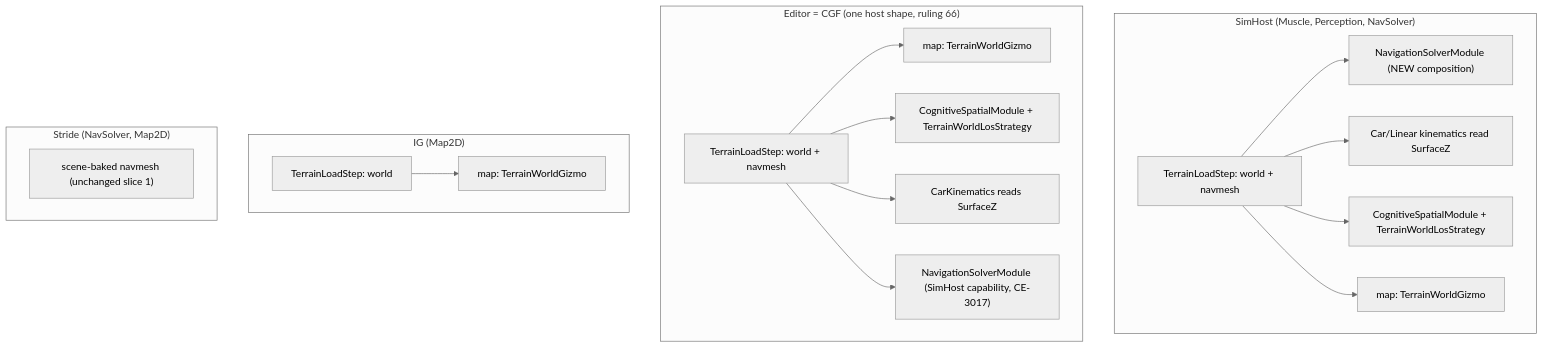
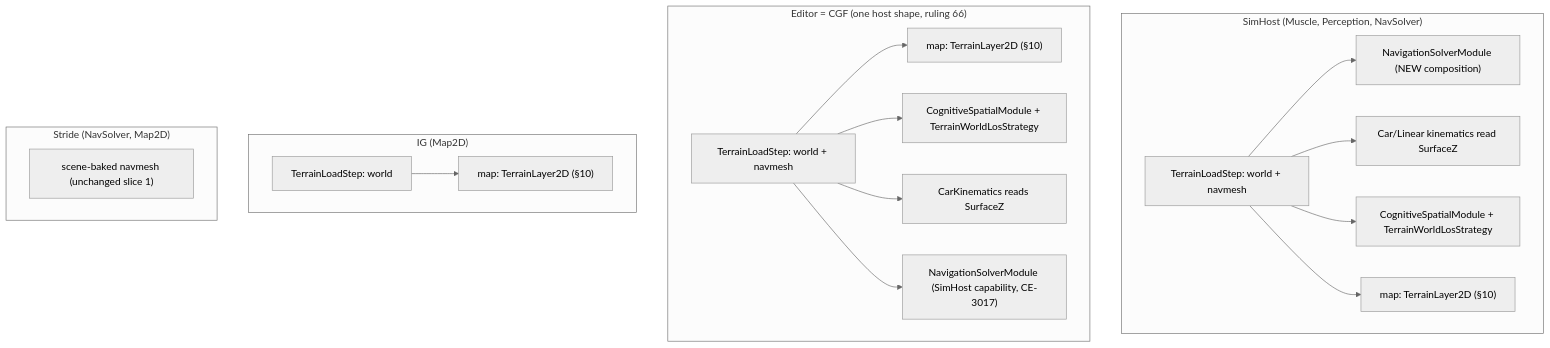
One commit to pjanec/HROT changed the seventh of 12 diagrams in docs/DESIGN_Terrain_World.md. Above: the diagram before and after it, drawn with Mermaid (neutral theme). The commit also changed other lines of this file and 22 other files, not shown here.

First line of the commit message:
feat(CE-1227): the 2-D terrain is a retained layer, not gizmos (R-1013)

````diff
--- a/docs/DESIGN_Terrain_World.md
+++ b/docs/DESIGN_Terrain_World.md
@@ -435,33 +432,33 @@
 ```mermaid
 graph TD
   subgraph SimHost["SimHost (Muscle, Perception, NavSolver)"]
     SH_L["TerrainLoadStep: world + navmesh"]
     SH_N["NavigationSolverModule (NEW composition)"]
     SH_K["Car/Linear kinematics read SurfaceZ"]
     SH_P["CognitiveSpatialModule + TerrainWorldLosStrategy"]
-    SH_M["map: TerrainWorldGizmo"]
+    SH_M["map: TerrainLayer2D (§10)"]
   end
   subgraph EdCgf["Editor = CGF (one host shape, ruling 66)"]
     EC_L["TerrainLoadStep: world + navmesh"]
-    EC_M["map: TerrainWorldGizmo"]
+    EC_M["map: TerrainLayer2D (§10)"]
     EC_P["CognitiveSpatialModule + TerrainWorldLosStrategy"]
     EC_K["CarKinematics reads SurfaceZ"]
     EC_N["NavigationSolverModule (SimHost capability, CE-3017)"]
   end
   subgraph IG["IG (Map2D)"]
     IG_L["TerrainLoadStep: world"]
-    IG_M["map: TerrainWorldGizmo"]
+    IG_M["map: TerrainLayer2D (§10)"]
   end
   subgraph Stride["Stride (NavSolver, Map2D)"]
     ST_N["scene-baked navmesh (unchanged slice 1)"]
   end
   SH_L --> SH_N
   SH_L --> SH_K
   SH_L --> SH_P
   SH_L --> SH_M
   EC_L --> EC_M
   IG_L --> IG_M
   EC_L --> EC_P
   EC_L --> EC_K
   EC_L --> EC_N
 ```
````
